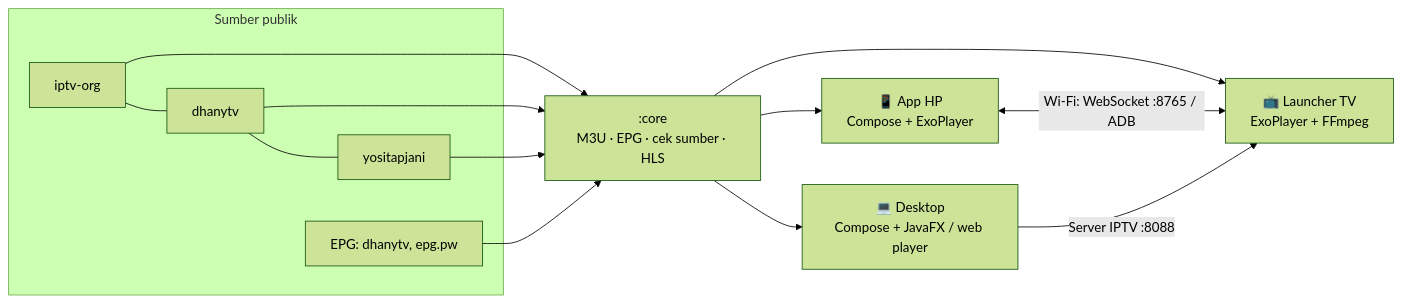
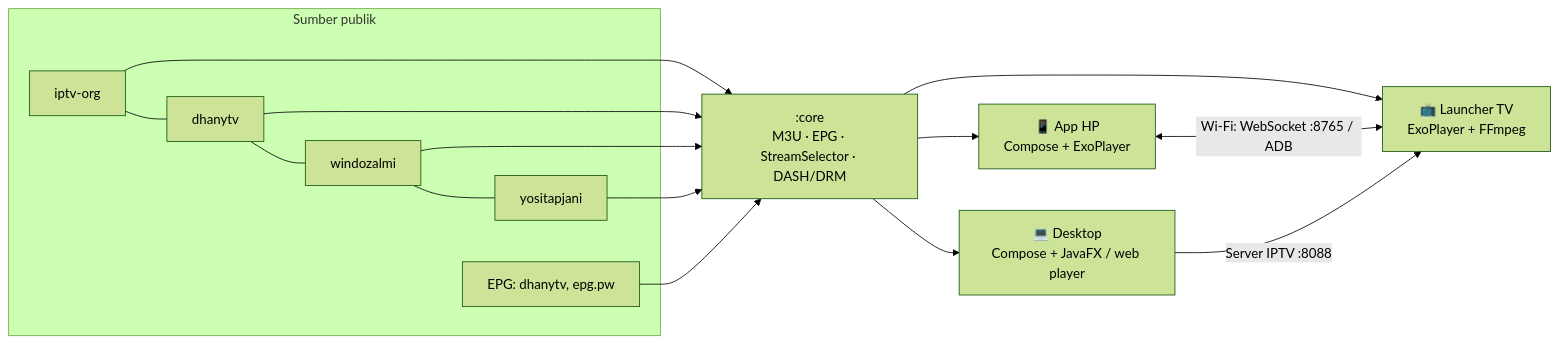
Before and after one commit to fk0u/cleanyourtv-tahoe: the diagram in README.id.md, drawn with Mermaid (forest theme). The commit also changed other lines of this file and 8 other files, not shown here.

Commit message:
docs: update README, changelog, architecture, sources, and Mi TV Stick screenshots

````diff
--- a/README.id.md
+++ b/README.id.md
@@ -122,14 +124,14 @@
 ```mermaid
 flowchart LR
   subgraph Sumber publik
-    A[iptv-org] --- B[dhanytv] --- C[yositapjani]
+    A[iptv-org] --- B[dhanytv] --- C[windozalmi] --- D[yositapjani]
     E[EPG: dhanytv, epg.pw]
   end
-  A & B & C --> Core[":core<br/>M3U · EPG · cek sumber · HLS"]
+  A & B & C & D --> Core[":core<br/>M3U · EPG · StreamSelector · DASH/DRM"]
   E --> Core
   Core --> TV["📺 Launcher TV<br/>ExoPlayer + FFmpeg"]
   Core --> HP["📱 App HP<br/>Compose + ExoPlayer"]
   Core --> PC["💻 Desktop<br/>Compose + JavaFX / web player"]
   HP <-- "Wi-Fi: WebSocket :8765 / ADB" --> TV
   PC -- "Server IPTV :8088" --> TV
 ```
````
